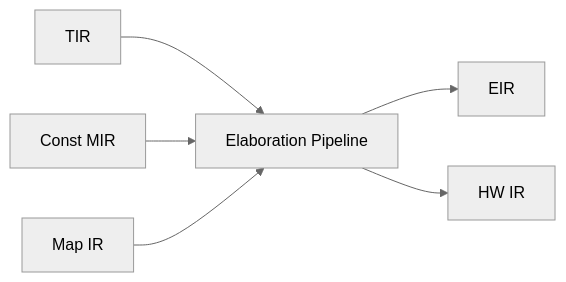
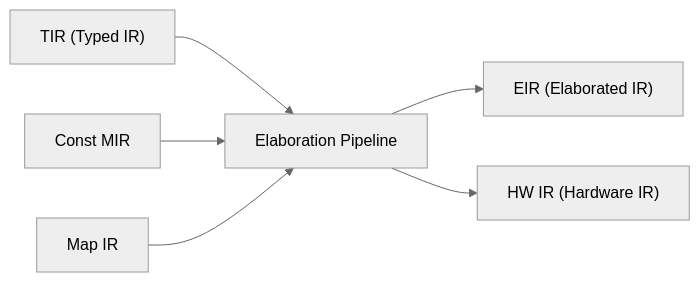
One commit to syllang/docs changed the first of 2 diagrams in docs/explanation/elab-and-eir.mdx. Above: the diagram before and after it, drawn with Mermaid (neutral theme). The commit also changed other lines of this file and 11 other files, not shown here.

````diff
--- a/docs/explanation/elab-and-eir.mdx
+++ b/docs/explanation/elab-and-eir.mdx
@@ -16,15 +16,15 @@
 ```mermaid
 flowchart LR
-    TIR["TIR"]
+    TIR["TIR (Typed IR)"]
     CM["Const MIR"]
     MI["Map IR"]
     Elab["Elaboration Pipeline"]
-    EIR["EIR"]
-    HW["HW IR"]
+    EIR["EIR (Elaborated IR)"]
+    HW["HW IR (Hardware IR)"]
 
     TIR --> Elab
     CM --> Elab
     MI --> Elab
     Elab --> EIR
     Elab --> HW
 ```
````
